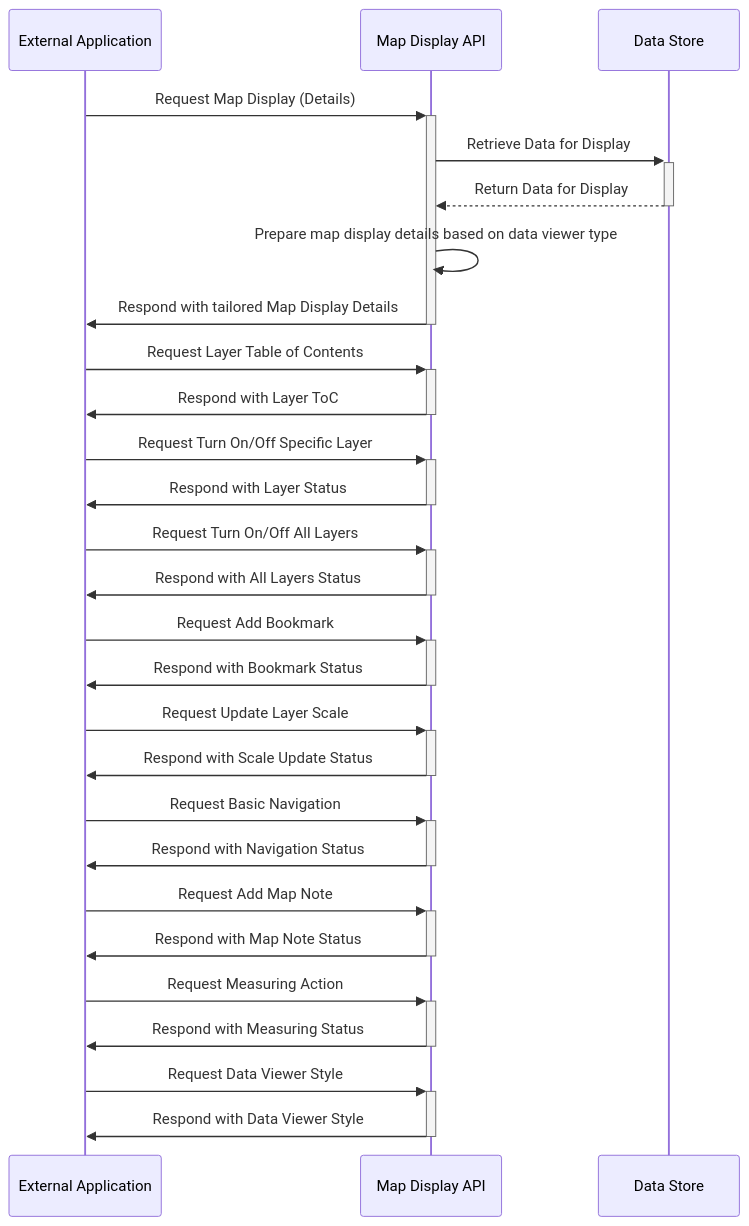
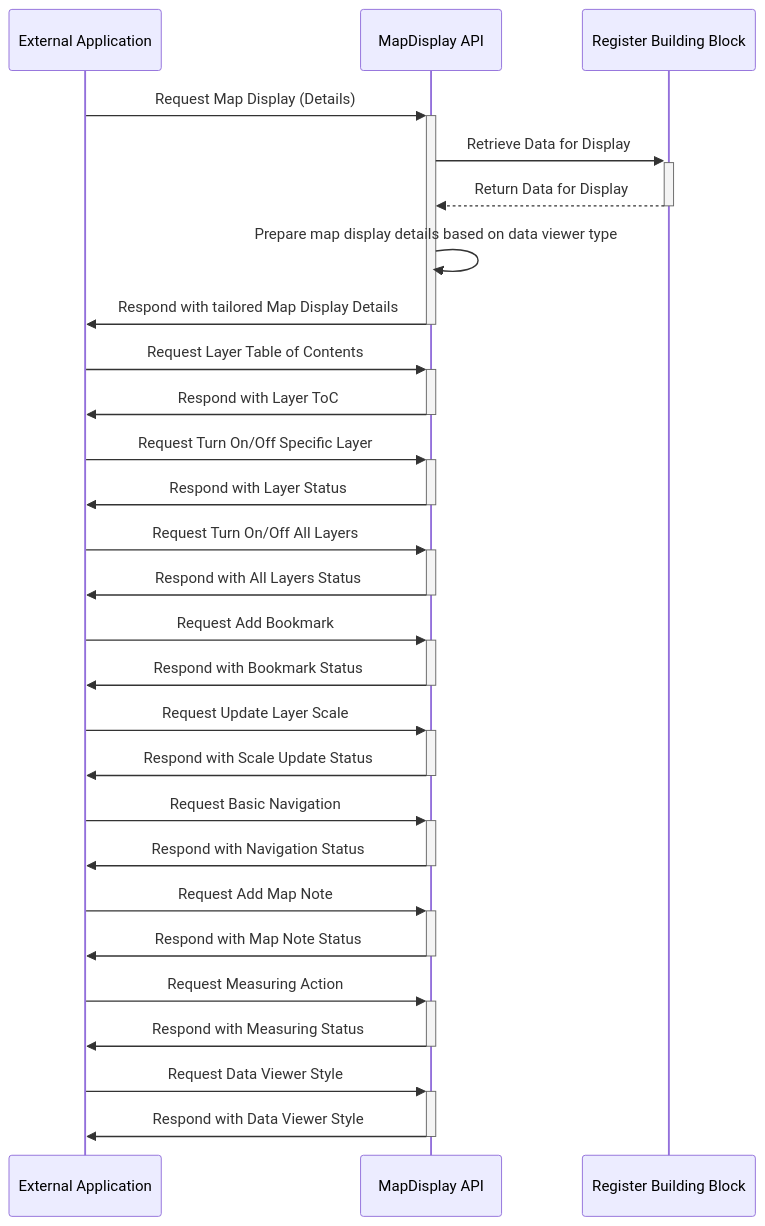
One commit to GovStackWorkingGroup/bb-gis changed the first of 18 diagrams in spec/9-workflows.md. Above: the diagram before and after it, drawn with Mermaid. The commit also changed other lines of this file and 20 other files, not shown here.

````diff
--- a/spec/9-workflows.md
+++ b/spec/9-workflows.md
@@ -23,31 +23,31 @@
 ```mermaid
 sequenceDiagram
   participant ExternalApp as External Application
-  participant MapDisplayAPI as Map Display API
-  participant DataStore as Data Store
+  participant MapDisplayAPI as MapDisplay API
+  participant RegisterBB as Register Building Block
 
   ExternalApp->>+MapDisplayAPI: Request Map Display (Details)
-  MapDisplayAPI->>+DataStore: Retrieve Data for Display
-  DataStore-->>-MapDisplayAPI: Return Data for Display
+  MapDisplayAPI->>+RegisterBB: Retrieve Data for Display
+  RegisterBB-->>-MapDisplayAPI: Return Data for Display
   MapDisplayAPI->>MapDisplayAPI: Prepare map display details based on data viewer type
   MapDisplayAPI->>-ExternalApp: Respond with tailored Map Display Details
   ExternalApp->>+MapDisplayAPI: Request Layer Table of Contents
   MapDisplayAPI->>-ExternalApp: Respond with Layer ToC
   ExternalApp->>+MapDisplayAPI: Request Turn On/Off Specific Layer
   MapDisplayAPI->>-ExternalApp: Respond with Layer Status
   ExternalApp->>+MapDisplayAPI: Request Turn On/Off All Layers
   MapDisplayAPI->>-ExternalApp: Respond with All Layers Status
   ExternalApp->>+MapDisplayAPI: Request Add Bookmark
   MapDisplayAPI->>-ExternalApp: Respond with Bookmark Status
   ExternalApp->>+MapDisplayAPI: Request Update Layer Scale
   MapDisplayAPI->>-ExternalApp: Respond with Scale Update Status
   ExternalApp->>+MapDisplayAPI: Request Basic Navigation
   MapDisplayAPI->>-ExternalApp: Respond with Navigation Status
   ExternalApp->>+MapDisplayAPI: Request Add Map Note
   MapDisplayAPI->>-ExternalApp: Respond with Map Note Status
   ExternalApp->>+MapDisplayAPI: Request Measuring Action
   MapDisplayAPI->>-ExternalApp: Respond with Measuring Status
   ExternalApp->>+MapDisplayAPI: Request Data Viewer Style
   MapDisplayAPI->>-ExternalApp: Respond with Data Viewer Style
-  
+
 ```
````
